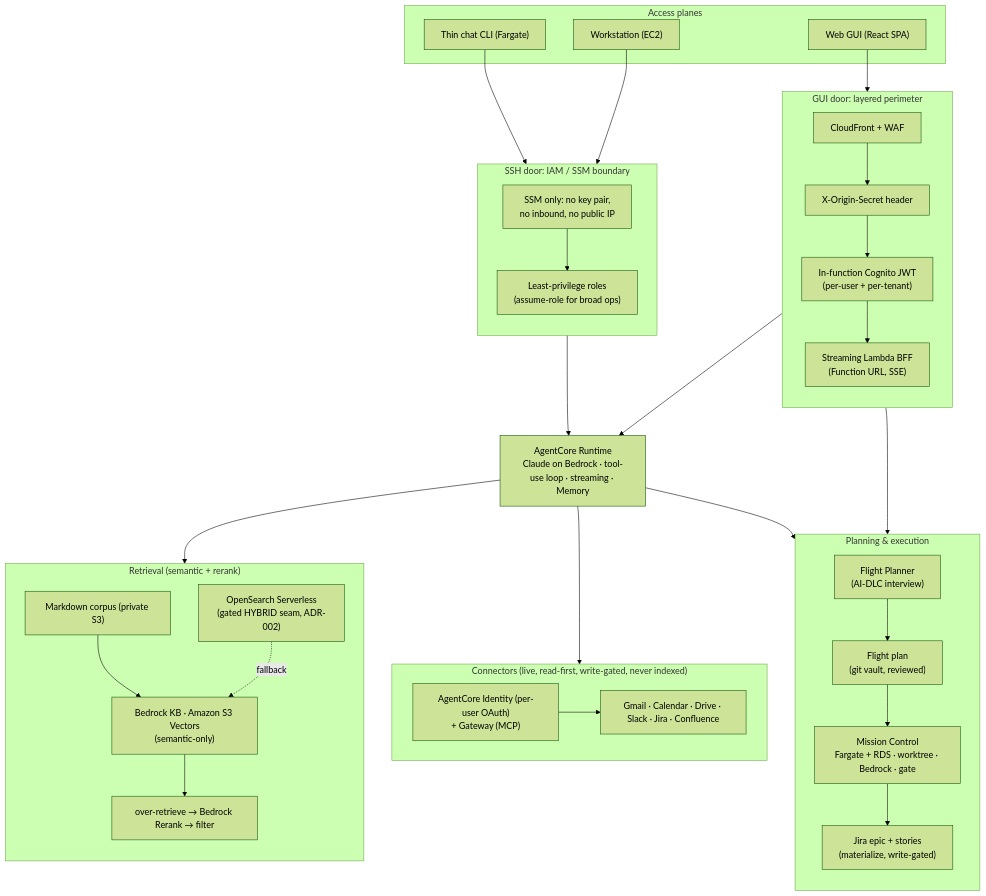
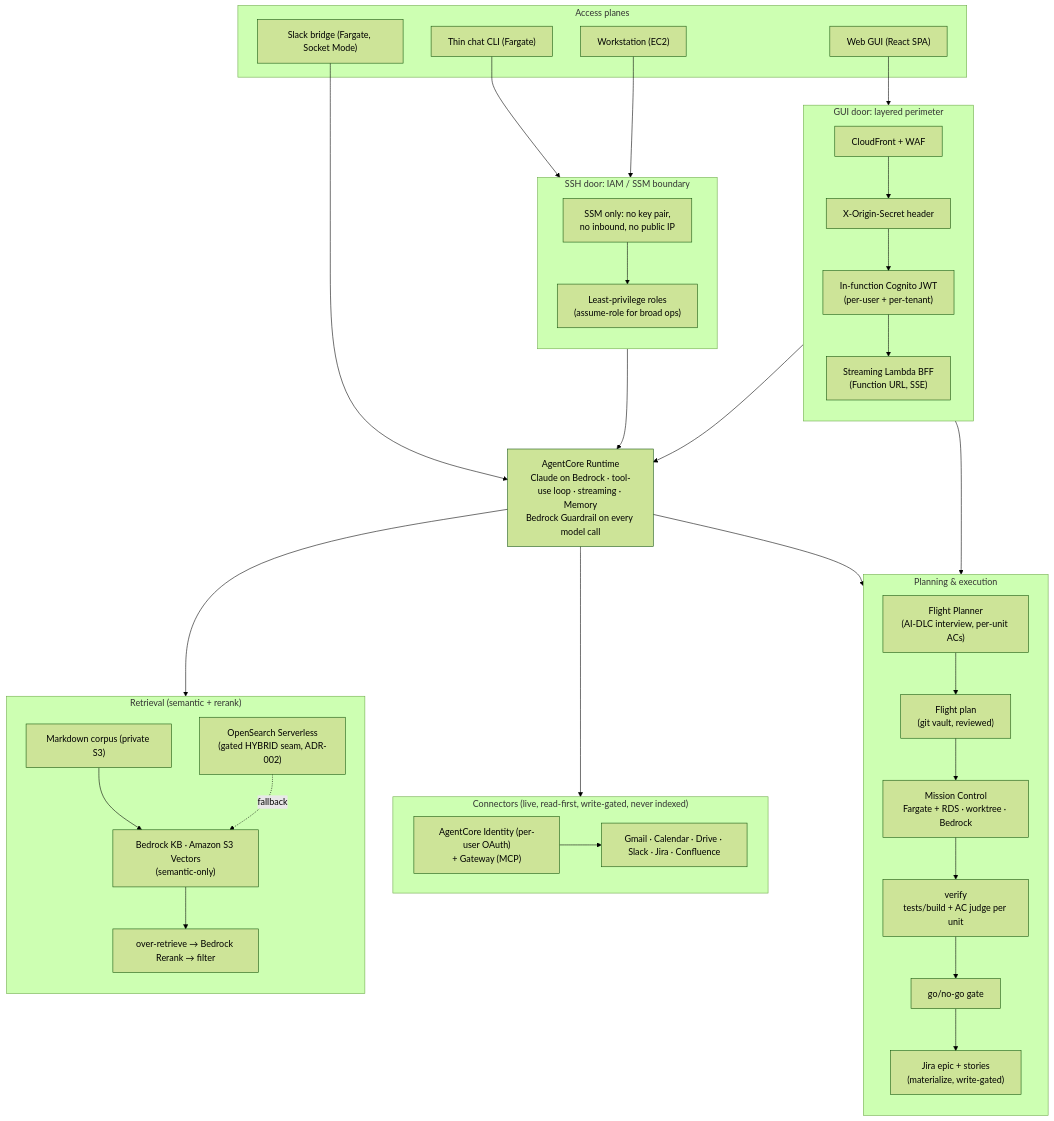
Before and after one commit to ryfranklin/Homebase: the diagram in README.md, drawn with Mermaid (forest theme). The commit also changed other lines of this file and 6 other files, not shown here.

First line of the commit message:
docs: refresh READMEs + architecture diagrams for Slack door, Guardrail, verify node

````diff
--- a/README.md
+++ b/README.md
@@ -42,46 +50,49 @@
 ```mermaid
 flowchart TB
     subgraph doors["Access planes"]
         SPA["Web GUI (React SPA)"]
         CLI["Thin chat CLI (Fargate)"]
+        SLACK["Slack bridge (Fargate, Socket Mode)"]
         WS["Workstation (EC2)"]
     end
 
     subgraph guiperim["GUI door: layered perimeter"]
         direction TB
         CF["CloudFront + WAF"] --> SEC["X-Origin-Secret header"] --> JWT["In-function Cognito JWT<br/>(per-user + per-tenant)"] --> BFF["Streaming Lambda BFF<br/>(Function URL, SSE)"]
     end
 
     subgraph sshperim["SSH door: IAM / SSM boundary"]
         direction TB
         SSM["SSM only: no key pair,<br/>no inbound, no public IP"] --> ROLES["Least-privilege roles<br/>(assume-role for broad ops)"]
     end
 
-    CORE["AgentCore Runtime<br/>Claude on Bedrock · tool-use loop · streaming · Memory"]
+    CORE["AgentCore Runtime<br/>Claude on Bedrock · tool-use loop · streaming · Memory<br/>Bedrock Guardrail on every model call"]
 
     subgraph retrieval["Retrieval (semantic + rerank)"]
         direction TB
         S3["Markdown corpus (private S3)"] --> KB["Bedrock KB · Amazon S3 Vectors<br/>(semantic-only)"] --> RR["over-retrieve → Bedrock Rerank → filter"]
         OSS["OpenSearch Serverless<br/>(gated HYBRID seam, ADR-002)"] -. fallback .-> KB
     end
 
     subgraph conn["Connectors (live, read-first, write-gated, never indexed)"]
         GW["AgentCore Identity (per-user OAuth)<br/>+ Gateway (MCP)"] --> SIX["Gmail · Calendar · Drive · Slack · Jira · Confluence"]
     end
 
     subgraph exec["Planning &amp; execution"]
         direction TB
-        FP["Flight Planner<br/>(AI-DLC interview)"] --> PLAN["Flight plan<br/>(git vault, reviewed)"] --> MC["Mission Control<br/>Fargate + RDS · worktree · Bedrock · gate"]
-        MC --> JIRA["Jira epic + stories<br/>(materialize, write-gated)"]
+        FP["Flight Planner<br/>(AI-DLC interview, per-unit ACs)"] --> PLAN["Flight plan<br/>(git vault, reviewed)"] --> MC["Mission Control<br/>Fargate + RDS · worktree · Bedrock"]
+        MC --> VERIFY["verify<br/>tests/build + AC judge per unit"] --> GATE["go/no-go gate"]
+        GATE --> JIRA["Jira epic + stories<br/>(materialize, write-gated)"]
     end
 
     SPA --> CF
     CLI --> SSM
     WS --> SSM
+    SLACK --> CORE
     BFF --> CORE
     ROLES --> CORE
     CORE --> retrieval
     CORE --> conn
     CORE --> FP
     BFF --> MC
 ```
````
